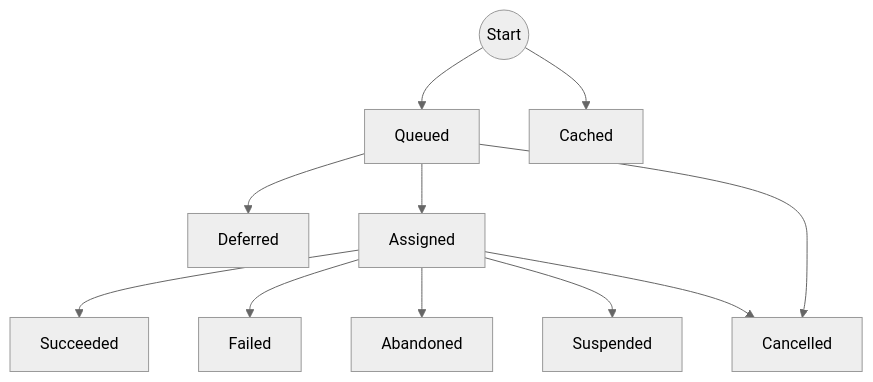
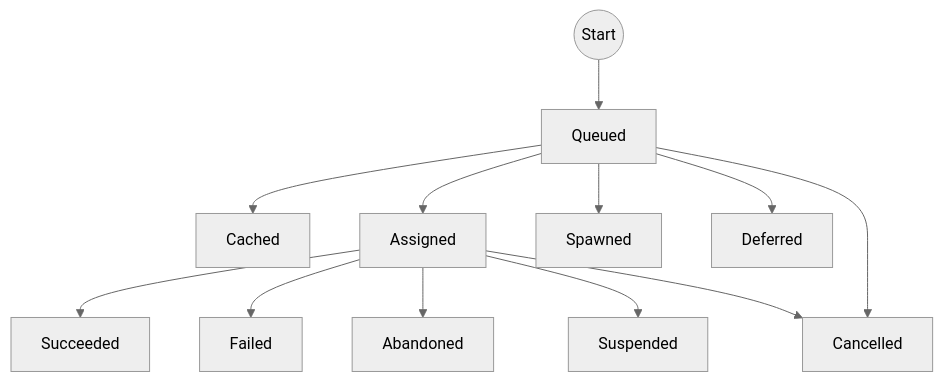
The diagram in docs/docs/executions.md (CofluxLabs/coflux), drawn with Mermaid (neutral theme) before and after one commit. The commit also changed other lines of this file and 6 other files, not shown here.

````diff
--- a/docs/docs/executions.md
+++ b/docs/docs/executions.md
@@ -5,13 +5,14 @@
 ```mermaid
 graph TB;
   start((Start))-->queued
-  start-->cached[Cached]
-  queued[Queued]-->deferred[Deferred]
+  queued[Queued]-->cached[Cached]
   queued-->assigned
+  queued-->spawned[Spawned]
+  queued-->deferred[Deferred]
   queued-->cancelled
   assigned[Assigned]-->succeeded[Succeeded]
   assigned-->failed[Failed]
   assigned-->abandoned[Abandoned]
   assigned-->suspended[Suspended]
   assigned-->cancelled[Cancelled]
 ```
````
